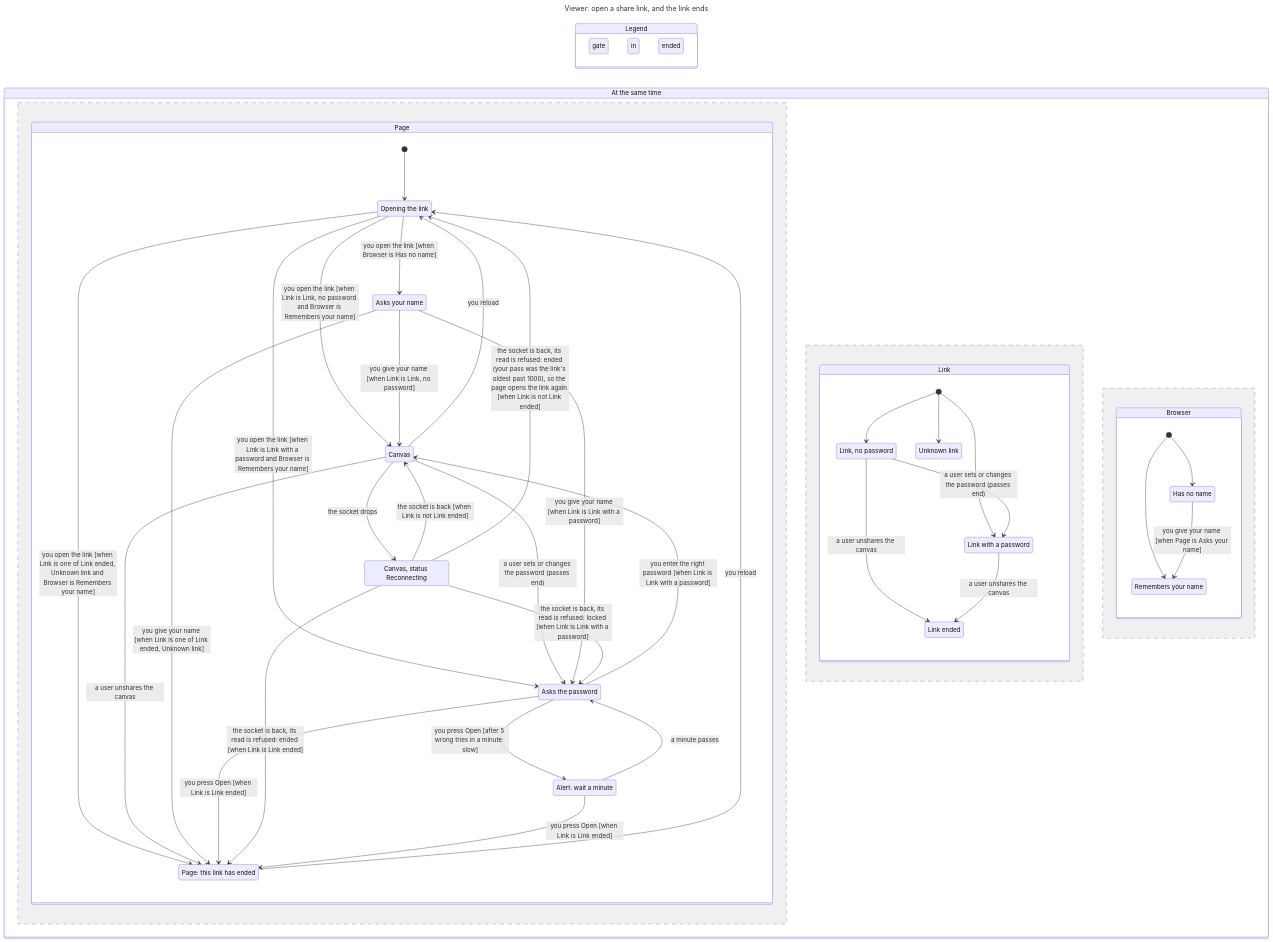
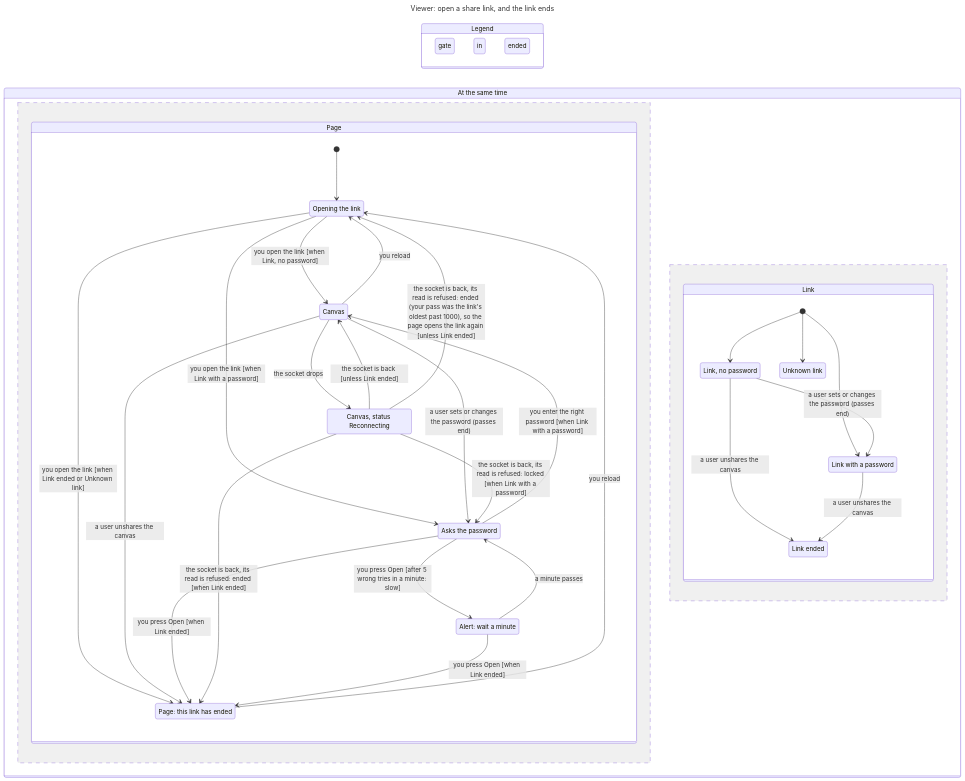
Before and after one commit to lagz0ne/easel: the diagram in docs/statecharts/viewer-gate-password.md, drawn with Mermaid. The commit also changed other lines of this file and 23 other files, not shown here.

First line of the commit message:
feat(viewer): the share link page asks no name; share.open takes an optional name, and the page sends the name this browser kept

````diff
--- a/docs/statecharts/viewer-gate-password.md
+++ b/docs/statecharts/viewer-gate-password.md
@@ -11,77 +11,62 @@
 ```mermaid
 ---
 title: "Viewer: open a share link, and the link ends"
 ---
 stateDiagram-v2
   direction LR
   state "Legend" as legend {
     lg0: gate
     lg1: in
     lg2: ended
   }
   class lg0 yellow
   class lg1 teal
   class lg2 pink
   state "At the same time" as all {
     state "Page" as r0 {
       s0: Opening the link
       s1: Canvas
-      s2: Asks your name
-      s3: Asks the password
-      s4: Page: this link has ended
-      s5: Canvas, status Reconnecting
-      s6: Alert: wait a minute
+      s2: Asks the password
+      s3: Page: this link has ended
+      s4: Canvas, status Reconnecting
+      s5: Alert: wait a minute
       [*] --> s0
-      s0 --> s2: you open the link [when Browser is Has no name]
-      s0 --> s1: you open the link [when Link is Link, no password and Browser is Remembers your name]
-      s0 --> s3: you open the link [when Link is Link with a password and Browser is Remembers your name]
-      s0 --> s4: you open the link [when Link is one of Link ended, Unknown link and Browser is Remembers your name]
-      s1 --> s3: a user sets or changes the password (passes end)
-      s1 --> s5: the socket drops
+      s0 --> s1: you open the link [when Link, no password]
+      s0 --> s2: you open the link [when Link with a password]
+      s0 --> s3: you open the link [when Link ended or Unknown link]
+      s1 --> s2: a user sets or changes the password (passes end)
+      s1 --> s4: the socket drops
       s1 --> s0: you reload
-      s1 --> s4: a user unshares the canvas
-      s2 --> s1: you give your name [when Link is Link, no password]
-      s2 --> s3: you give your name [when Link is Link with a password]
-      s3 --> s1: you enter the right password [when Link is Link with a password]
-      s2 --> s4: you give your name [when Link is one of Link ended, Unknown link]
-      s4 --> s0: you reload
-      s3 --> s4: you press Open [when Link is Link ended]
-      s5 --> s1: the socket is back [when Link is not Link ended]
-      s5 --> s4: the socket is back, its read is refused: ended [when Link is Link ended]
-      s5 --> s3: the socket is back, its read is refused: locked [when Link is Link with a password]
-      s3 --> s6: you press Open [after 5 wrong tries in a minute: slow]
-      s5 --> s0: the socket is back, its read is refused: ended (your pass was the link's oldest past 1000), so the page opens the link again [when Link is not Link ended]
-      s6 --> s3: a minute passes
-      s6 --> s4: you press Open [when Link is Link ended]
+      s1 --> s3: a user unshares the canvas
+      s2 --> s1: you enter the right password [when Link with a password]
+      s3 --> s0: you reload
+      s2 --> s3: you press Open [when Link ended]
+      s4 --> s1: the socket is back [unless Link ended]
+      s4 --> s3: the socket is back, its read is refused: ended [when Link ended]
+      s4 --> s2: the socket is back, its read is refused: locked [when Link with a password]
+      s2 --> s5: you press Open [after 5 wrong tries in a minute: slow]
+      s4 --> s0: the socket is back, its read is refused: ended (your pass was the link's oldest past 1000), so the page opens the link again [unless Link ended]
+      s5 --> s2: a minute passes
+      s5 --> s3: you press Open [when Link ended]
     }
     --
     state "Link" as r1 {
-      s7: Link, no password
-      s8: Link with a password
-      s9: Unknown link
-      s10: Link ended
+      s6: Link, no password
+      s7: Link with a password
+      s8: Unknown link
+      s9: Link ended
+      [*] --> s6
       [*] --> s7
       [*] --> s8
-      [*] --> s9
-      s7 --> s8: a user sets or changes the password (passes end)
-      s7 --> s10: a user unshares the canvas
-      s8 --> s10: a user unshares the canvas
-    }
-    --
-    state "Browser" as r2 {
-      s11: Has no name
-      s12: Remembers your name
-      [*] --> s11
-      [*] --> s12
-      s11 --> s12: you give your name [when Page is Asks your name]
+      s6 --> s7: a user sets or changes the password (passes end)
+      s6 --> s9: a user unshares the canvas
+      s7 --> s9: a user unshares the canvas
     }
   }
   class s0 yellow
   class s1 teal
   class s2 yellow
-  class s3 yellow
-  class s4 pink
-  class s5 teal
-  class s6 yellow
-  class s11 yellow
+  class s3 pink
+  class s4 teal
+  class s5 yellow
 ```
````
